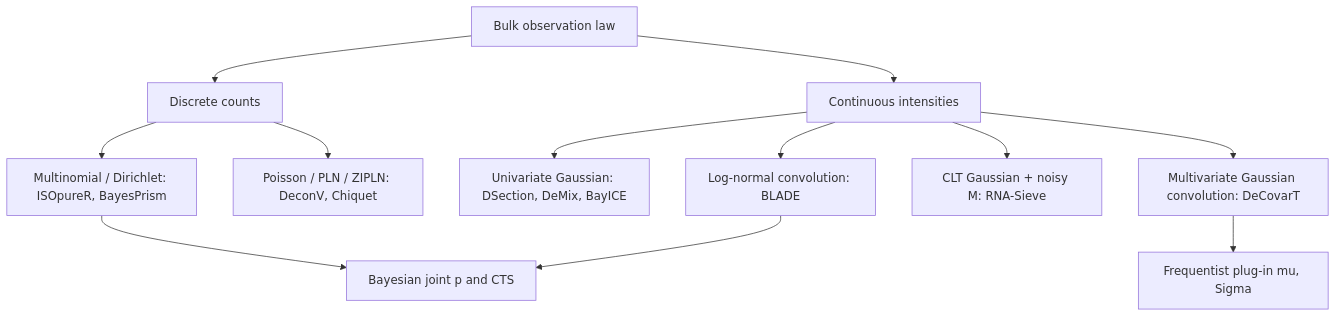
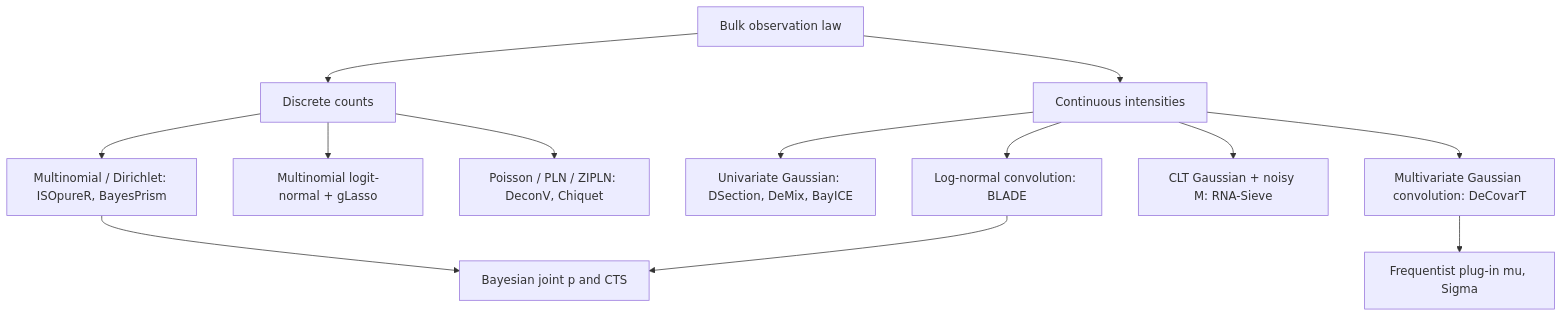
One commit to bastienchassagnol/DeCovarT changed the second of 3 diagrams in vignettes/theory-decovart-statistical-perspectives.qmd. Above: the diagram before and after it, drawn with Mermaid. The commit also changed other lines of this file and 4 other files, not shown here.

````diff
--- a/vignettes/theory-decovart-statistical-perspectives.qmd
+++ b/vignettes/theory-decovart-statistical-perspectives.qmd
@@ -313,17 +313,19 @@
 ```{mermaid}
 %%| label: fig-observation-taxonomy
+%%| eval: true
 %%| fig-cap: "Taxonomy of observation models for bulk deconvolution, relative to DeCovarT's multivariate Gaussian convolution."
 %%{init: {"theme": "sandstone"}}%%
 flowchart TD
   A["Bulk observation law"] --> B["Discrete counts"]
   A --> C["Continuous intensities"]
   B --> D["Multinomial / Dirichlet: ISOpureR, BayesPrism"]
+  B --> LN["Multinomial logit-normal + gLasso"]
   B --> E["Poisson / PLN / ZIPLN: DeconV, Chiquet"]
   C --> F["Univariate Gaussian: DSection, DeMix, BayICE"]
   C --> G["Multivariate Gaussian convolution: DeCovarT"]
   C --> RS["CLT Gaussian + noisy M: RNA-Sieve"]
   C --> H["Log-normal convolution: BLADE"]
   D --> I["Bayesian joint p and CTS"]
   G --> J["Frequentist plug-in mu, Sigma"]
   H --> I
 ```
````
